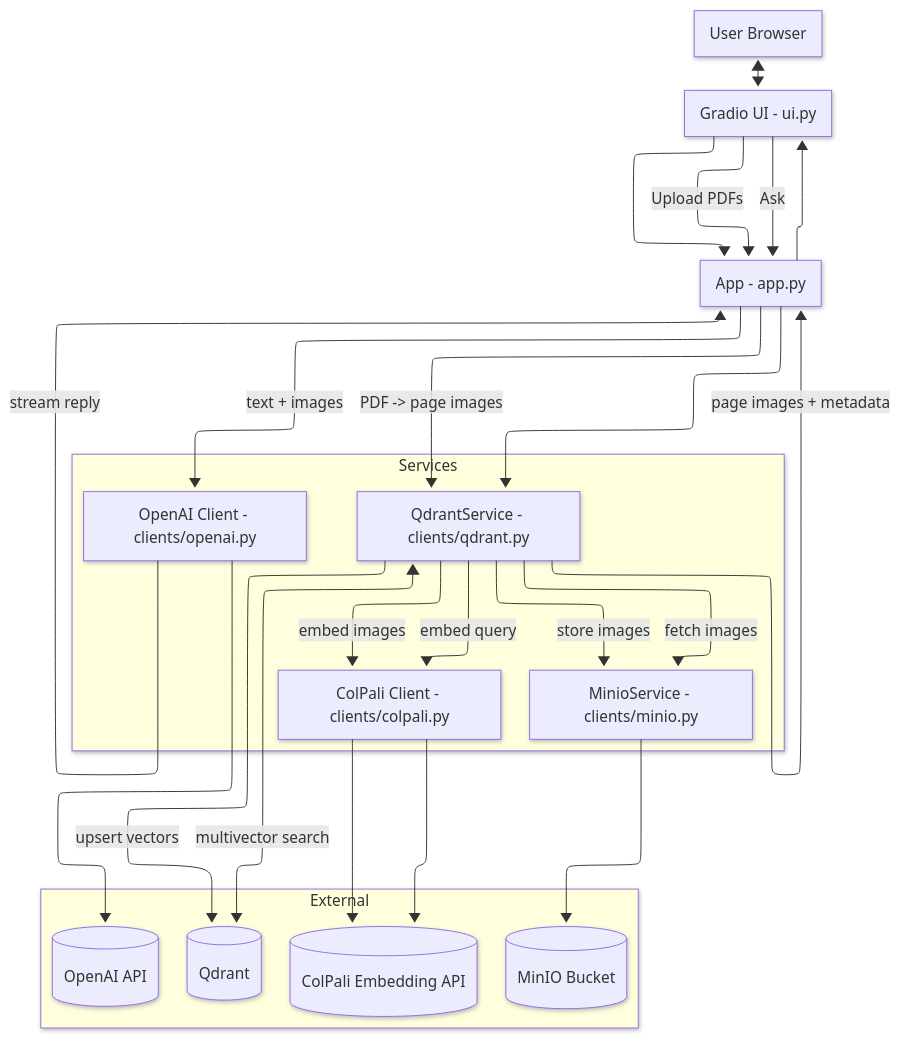
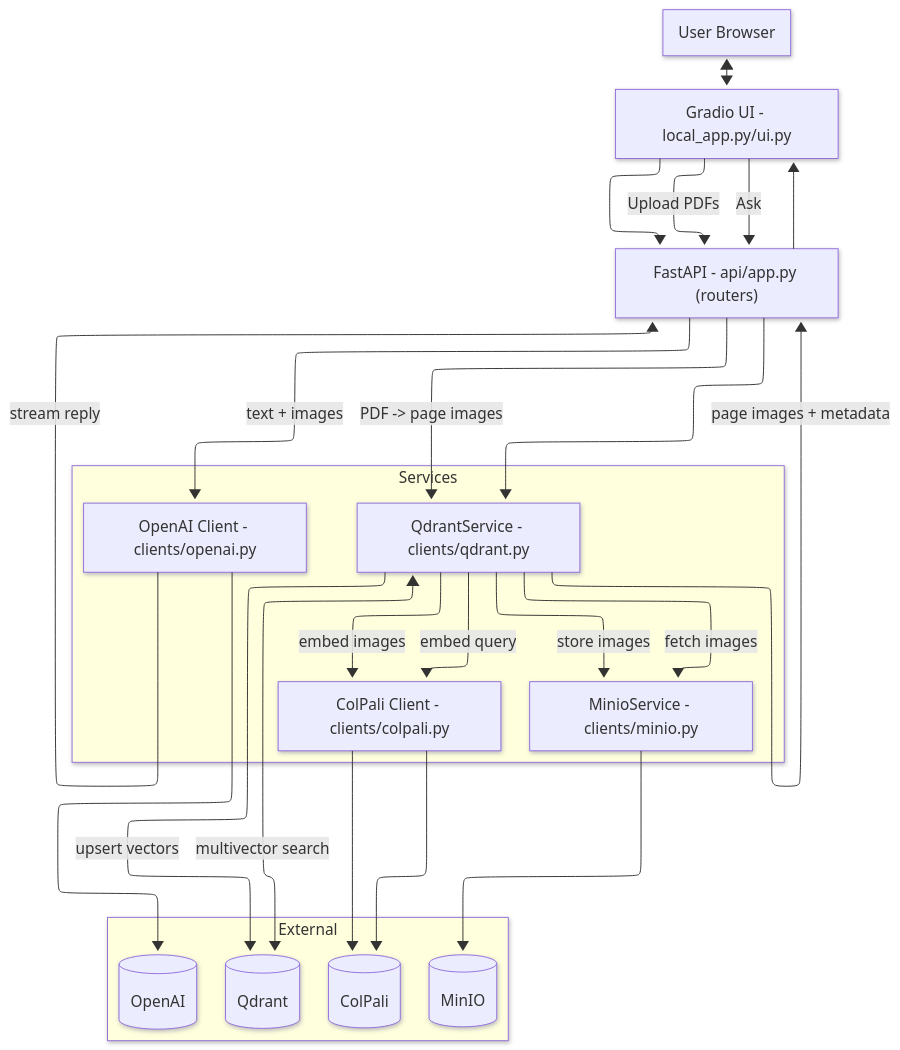
The diagram in docs/architecture.md (athrael-soju/Snappy), drawn with Mermaid before and after one commit. The commit also changed other lines of this file and 5 other files, not shown here.

Commit message:
docs: add system analysis and modular API architecture docs

````diff
--- a/docs/architecture.md
+++ b/docs/architecture.md
@@ -5,39 +5,39 @@
 ```mermaid
 ---
 config:
   theme: default
   layout: elk
   look: neo
 ---
 flowchart TB
  subgraph Services["Services"]
         QS["QdrantService - clients/qdrant.py"]
         MINIO["MinioService - clients/minio.py"]
         COL["ColPali Client - clients/colpali.py"]
         OAI["OpenAI Client - clients/openai.py"]
   end
  subgraph External["External"]
         QD[("Qdrant")]
-        MN[("MinIO Bucket")]
-        CQ[("ColPali Embedding API")]
-        OA[("OpenAI API")]
+        MN[("MinIO")]
+        CQ[("ColPali")]
+        OA[("OpenAI")]
   end
-    U["User Browser"] <--> UI["Gradio UI - ui.py"]
-    UI --> APP["App - app.py"]
-    UI -- Upload PDFs --> APP
-    APP -- "PDF -> page images" --> QS
+    U["User Browser"] <--> UI["Gradio UI - local_app.py/ui.py"]
+    UI --> API["FastAPI - api/app.py (routers)"]
+    UI -- Upload PDFs --> API
+    API -- "PDF -> page images" --> QS
     QS -- store images --> MINIO
     MINIO --> MN
     QS -- embed images --> COL
     COL --> CQ & CQ
     QS -- upsert vectors --> QD
-    UI -- Ask --> APP
-    APP --> QS & UI
+    UI -- Ask --> API
+    API --> QS & UI
     QS -- embed query --> COL
     QS <-- multivector search --> QD
     QS -- fetch images --> MINIO
-    QS -- page images + metadata --> APP
-    APP -- text + images --> OAI
+    QS -- page images + metadata --> API
+    API -- text + images --> OAI
     OAI --> OA
-    OAI -- stream reply --> APP
+    OAI -- stream reply --> API
 ```
````
